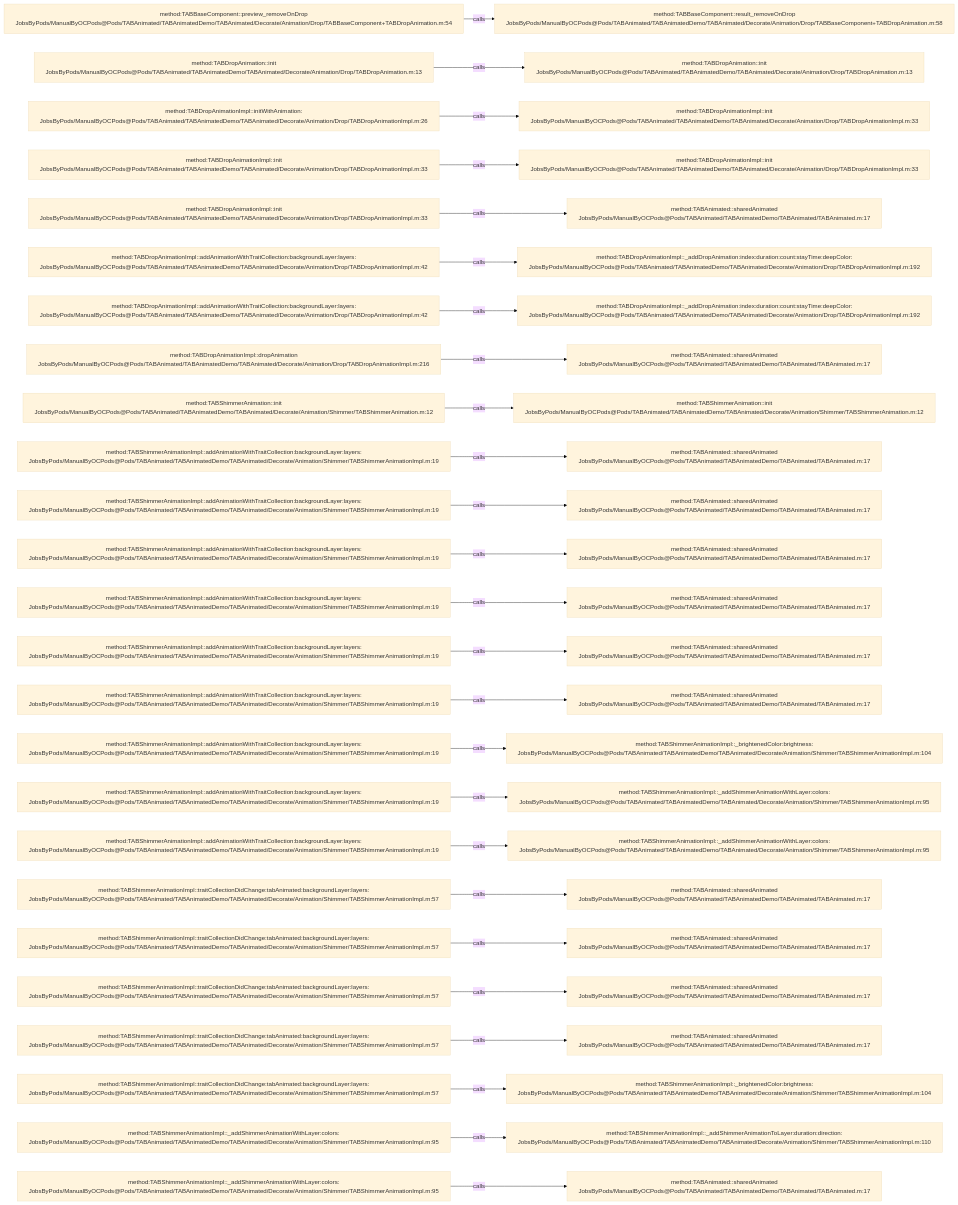
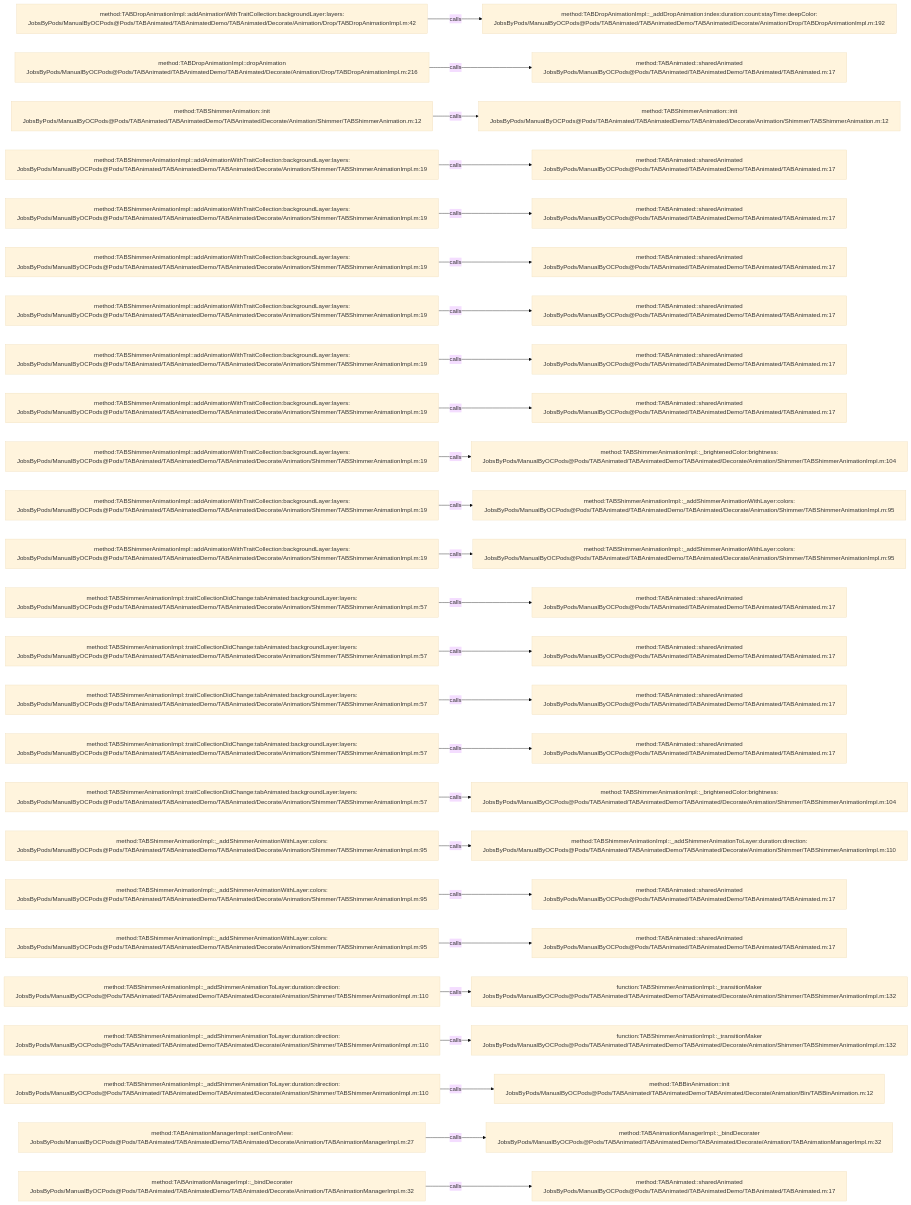
One commit to JobsKits/JobsOCBaseConfigDemo changed the diagram in .codegraph/codegraph.md/graphs/calls-021.md. Above: the diagram before and after it, drawn with Mermaid (base theme). The commit also changed 666 other files, not shown here.

````diff
--- a/.codegraph/codegraph.md/graphs/calls-021.md
+++ b/.codegraph/codegraph.md/graphs/calls-021.md
@@ -13,78 +13,78 @@
 ```mermaid
 flowchart LR
-  S1["method:TABBaseComponent::preview_removeOnDrop<br/>JobsByPods/ManualByOCPods@Pods/TABAnimated/TABAnimatedDemo/TABAnimated/Decorate/Animation/Drop/TABBaseComponent+TABDropAnimation.m:54"]
-  T1["method:TABBaseComponent::result_removeOnDrop<br/>JobsByPods/ManualByOCPods@Pods/TABAnimated/TABAnimatedDemo/TABAnimated/Decorate/Animation/Drop/TABBaseComponent+TABDropAnimation.m:58"]
+  S1["method:TABDropAnimationImpl::addAnimationWithTraitCollection:backgroundLayer:layers:<br/>JobsByPods/ManualByOCPods@Pods/TABAnimated/TABAnimatedDemo/TABAnimated/Decorate/Animation/Drop/TABDropAnimationImpl.m:42"]
+  T1["method:TABDropAnimationImpl::_addDropAnimation:index:duration:count:stayTime:deepColor:<br/>JobsByPods/ManualByOCPods@Pods/TABAnimated/TABAnimatedDemo/TABAnimated/Decorate/Animation/Drop/TABDropAnimationImpl.m:192"]
   S1 -->|calls| T1
-  S2["method:TABDropAnimation::init<br/>JobsByPods/ManualByOCPods@Pods/TABAnimated/TABAnimatedDemo/TABAnimated/Decorate/Animation/Drop/TABDropAnimation.m:13"]
-  T2["method:TABDropAnimation::init<br/>JobsByPods/ManualByOCPods@Pods/TABAnimated/TABAnimatedDemo/TABAnimated/Decorate/Animation/Drop/TABDropAnimation.m:13"]
+  S2["method:TABDropAnimationImpl::dropAnimation<br/>JobsByPods/ManualByOCPods@Pods/TABAnimated/TABAnimatedDemo/TABAnimated/Decorate/Animation/Drop/TABDropAnimationImpl.m:216"]
+  T2["method:TABAnimated::sharedAnimated<br/>JobsByPods/ManualByOCPods@Pods/TABAnimated/TABAnimatedDemo/TABAnimated/TABAnimated.m:17"]
   S2 -->|calls| T2
-  S3["method:TABDropAnimationImpl::initWithAnimation:<br/>JobsByPods/ManualByOCPods@Pods/TABAnimated/TABAnimatedDemo/TABAnimated/Decorate/Animation/Drop/TABDropAnimationImpl.m:26"]
-  T3["method:TABDropAnimationImpl::init<br/>JobsByPods/ManualByOCPods@Pods/TABAnimated/TABAnimatedDemo/TABAnimated/Decorate/Animation/Drop/TABDropAnimationImpl.m:33"]
+  S3["method:TABShimmerAnimation::init<br/>JobsByPods/ManualByOCPods@Pods/TABAnimated/TABAnimatedDemo/TABAnimated/Decorate/Animation/Shimmer/TABShimmerAnimation.m:12"]
+  T3["method:TABShimmerAnimation::init<br/>JobsByPods/ManualByOCPods@Pods/TABAnimated/TABAnimatedDemo/TABAnimated/Decorate/Animation/Shimmer/TABShimmerAnimation.m:12"]
   S3 -->|calls| T3
-  S4["method:TABDropAnimationImpl::init<br/>JobsByPods/ManualByOCPods@Pods/TABAnimated/TABAnimatedDemo/TABAnimated/Decorate/Animation/Drop/TABDropAnimationImpl.m:33"]
-  T4["method:TABDropAnimationImpl::init<br/>JobsByPods/ManualByOCPods@Pods/TABAnimated/TABAnimatedDemo/TABAnimated/Decorate/Animation/Drop/TABDropAnimationImpl.m:33"]
+  S4["method:TABShimmerAnimationImpl::addAnimationWithTraitCollection:backgroundLayer:layers:<br/>JobsByPods/ManualByOCPods@Pods/TABAnimated/TABAnimatedDemo/TABAnimated/Decorate/Animation/Shimmer/TABShimmerAnimationImpl.m:19"]
+  T4["method:TABAnimated::sharedAnimated<br/>JobsByPods/ManualByOCPods@Pods/TABAnimated/TABAnimatedDemo/TABAnimated/TABAnimated.m:17"]
   S4 -->|calls| T4
-  S5["method:TABDropAnimationImpl::init<br/>JobsByPods/ManualByOCPods@Pods/TABAnimated/TABAnimatedDemo/TABAnimated/Decorate/Animation/Drop/TABDropAnimationImpl.m:33"]
+  S5["method:TABShimmerAnimationImpl::addAnimationWithTraitCollection:backgroundLayer:layers:<br/>JobsByPods/ManualByOCPods@Pods/TABAnimated/TABAnimatedDemo/TABAnimated/Decorate/Animation/Shimmer/TABShimmerAnimationImpl.m:19"]
   T5["method:TABAnimated::sharedAnimated<br/>JobsByPods/ManualByOCPods@Pods/TABAnimated/TABAnimatedDemo/TABAnimated/TABAnimated.m:17"]
   S5 -->|calls| T5
-  S6["method:TABDropAnimationImpl::addAnimationWithTraitCollection:backgroundLayer:layers:<br/>JobsByPods/ManualByOCPods@Pods/TABAnimated/TABAnimatedDemo/TABAnimated/Decorate/Animation/Drop/TABDropAnimationImpl.m:42"]
-  T6["method:TABDropAnimationImpl::_addDropAnimation:index:duration:count:stayTime:deepColor:<br/>JobsByPods/ManualByOCPods@Pods/TABAnimated/TABAnimatedDemo/TABAnimated/Decorate/Animation/Drop/TABDropAnimationImpl.m:192"]
+  S6["method:TABShimmerAnimationImpl::addAnimationWithTraitCollection:backgroundLayer:layers:<br/>JobsByPods/ManualByOCPods@Pods/TABAnimated/TABAnimatedDemo/TABAnimated/Decorate/Animation/Shimmer/TABShimmerAnimationImpl.m:19"]
+  T6["method:TABAnimated::sharedAnimated<br/>JobsByPods/ManualByOCPods@Pods/TABAnimated/TABAnimatedDemo/TABAnimated/TABAnimated.m:17"]
   S6 -->|calls| T6
-  S7["method:TABDropAnimationImpl::addAnimationWithTraitCollection:backgroundLayer:layers:<br/>JobsByPods/ManualByOCPods@Pods/TABAnimated/TABAnimatedDemo/TABAnimated/Decorate/Animation/Drop/TABDropAnimationImpl.m:42"]
-  T7["method:TABDropAnimationImpl::_addDropAnimation:index:duration:count:stayTime:deepColor:<br/>JobsByPods/ManualByOCPods@Pods/TABAnimated/TABAnimatedDemo/TABAnimated/Decorate/Animation/Drop/TABDropAnimationImpl.m:192"]
+  S7["method:TABShimmerAnimationImpl::addAnimationWithTraitCollection:backgroundLayer:layers:<br/>JobsByPods/ManualByOCPods@Pods/TABAnimated/TABAnimatedDemo/TABAnimated/Decorate/Animation/Shimmer/TABShimmerAnimationImpl.m:19"]
+  T7["method:TABAnimated::sharedAnimated<br/>JobsByPods/ManualByOCPods@Pods/TABAnimated/TABAnimatedDemo/TABAnimated/TABAnimated.m:17"]
   S7 -->|calls| T7
-  S8["method:TABDropAnimationImpl::dropAnimation<br/>JobsByPods/ManualByOCPods@Pods/TABAnimated/TABAnimatedDemo/TABAnimated/Decorate/Animation/Drop/TABDropAnimationImpl.m:216"]
+  S8["method:TABShimmerAnimationImpl::addAnimationWithTraitCollection:backgroundLayer:layers:<br/>JobsByPods/ManualByOCPods@Pods/TABAnimated/TABAnimatedDemo/TABAnimated/Decorate/Animation/Shimmer/TABShimmerAnimationImpl.m:19"]
   T8["method:TABAnimated::sharedAnimated<br/>JobsByPods/ManualByOCPods@Pods/TABAnimated/TABAnimatedDemo/TABAnimated/TABAnimated.m:17"]
   S8 -->|calls| T8
-  S9["method:TABShimmerAnimation::init<br/>JobsByPods/ManualByOCPods@Pods/TABAnimated/TABAnimatedDemo/TABAnimated/Decorate/Animation/Shimmer/TABShimmerAnimation.m:12"]
-  T9["method:TABShimmerAnimation::init<br/>JobsByPods/ManualByOCPods@Pods/TABAnimated/TABAnimatedDemo/TABAnimated/Decorate/Animation/Shimmer/TABShimmerAnimation.m:12"]
+  S9["method:TABShimmerAnimationImpl::addAnimationWithTraitCollection:backgroundLayer:layers:<br/>JobsByPods/ManualByOCPods@Pods/TABAnimated/TABAnimatedDemo/TABAnimated/Decorate/Animation/Shimmer/TABShimmerAnimationImpl.m:19"]
+  T9["method:TABAnimated::sharedAnimated<br/>JobsByPods/ManualByOCPods@Pods/TABAnimated/TABAnimatedDemo/TABAnimated/TABAnimated.m:17"]
   S9 -->|calls| T9
   S10["method:TABShimmerAnimationImpl::addAnimationWithTraitCollection:backgroundLayer:layers:<br/>JobsByPods/ManualByOCPods@Pods/TABAnimated/TABAnimatedDemo/TABAnimated/Decorate/Animation/Shimmer/TABShimmerAnimationImpl.m:19"]
-  T10["method:TABAnimated::sharedAnimated<br/>JobsByPods/ManualByOCPods@Pods/TABAnimated/TABAnimatedDemo/TABAnimated/TABAnimated.m:17"]
+  T10["method:TABShimmerAnimationImpl::_brightenedColor:brightness:<br/>JobsByPods/ManualByOCPods@Pods/TABAnimated/TABAnimatedDemo/TABAnimated/Decorate/Animation/Shimmer/TABShimmerAnimationImpl.m:104"]
   S10 -->|calls| T10
   S11["method:TABShimmerAnimationImpl::addAnimationWithTraitCollection:backgroundLayer:layers:<br/>JobsByPods/ManualByOCPods@Pods/TABAnimated/TABAnimatedDemo/TABAnimated/Decorate/Animation/Shimmer/TABShimmerAnimationImpl.m:19"]
-  T11["method:TABAnimated::sharedAnimated<br/>JobsByPods/ManualByOCPods@Pods/TABAnimated/TABAnimatedDemo/TABAnimated/TABAnimated.m:17"]
+  T11["method:TABShimmerAnimationImpl::_addShimmerAnimationWithLayer:colors:<br/>JobsByPods/ManualByOCPods@Pods/TABAnimated/TABAnimatedDemo/TABAnimated/Decorate/Animation/Shimmer/TABShimmerAnimationImpl.m:95"]
   S11 -->|calls| T11
   S12["method:TABShimmerAnimationImpl::addAnimationWithTraitCollection:backgroundLayer:layers:<br/>JobsByPods/ManualByOCPods@Pods/TABAnimated/TABAnimatedDemo/TABAnimated/Decorate/Animation/Shimmer/TABShimmerAnimationImpl.m:19"]
-  T12["method:TABAnimated::sharedAnimated<br/>JobsByPods/ManualByOCPods@Pods/TABAnimated/TABAnimatedDemo/TABAnimated/TABAnimated.m:17"]
+  T12["method:TABShimmerAnimationImpl::_addShimmerAnimationWithLayer:colors:<br/>JobsByPods/ManualByOCPods@Pods/TABAnimated/TABAnimatedDemo/TABAnimated/Decorate/Animation/Shimmer/TABShimmerAnimationImpl.m:95"]
   S12 -->|calls| T12
-  S13["method:TABShimmerAnimationImpl::addAnimationWithTraitCollection:backgroundLayer:layers:<br/>JobsByPods/ManualByOCPods@Pods/TABAnimated/TABAnimatedDemo/TABAnimated/Decorate/Animation/Shimmer/TABShimmerAnimationImpl.m:19"]
+  S13["method:TABShimmerAnimationImpl::traitCollectionDidChange:tabAnimated:backgroundLayer:layers:<br/>JobsByPods/ManualByOCPods@Pods/TABAnimated/TABAnimatedDemo/TABAnimated/Decorate/Animation/Shimmer/TABShimmerAnimationImpl.m:57"]
   T13["method:TABAnimated::sharedAnimated<br/>JobsByPods/ManualByOCPods@Pods/TABAnimated/TABAnimatedDemo/TABAnimated/TABAnimated.m:17"]
   S13 -->|calls| T13
-  S14["method:TABShimmerAnimationImpl::addAnimationWithTraitCollection:backgroundLayer:layers:<br/>JobsByPods/ManualByOCPods@Pods/TABAnimated/TABAnimatedDemo/TABAnimated/Decorate/Animation/Shimmer/TABShimmerAnimationImpl.m:19"]
+  S14["method:TABShimmerAnimationImpl::traitCollectionDidChange:tabAnimated:backgroundLayer:layers:<br/>JobsByPods/ManualByOCPods@Pods/TABAnimated/TABAnimatedDemo/TABAnimated/Decorate/Animation/Shimmer/TABShimmerAnimationImpl.m:57"]
   T14["method:TABAnimated::sharedAnimated<br/>JobsByPods/ManualByOCPods@Pods/TABAnimated/TABAnimatedDemo/TABAnimated/TABAnimated.m:17"]
   S14 -->|calls| T14
-  S15["method:TABShimmerAnimationImpl::addAnimationWithTraitCollection:backgroundLayer:layers:<br/>JobsByPods/ManualByOCPods@Pods/TABAnimated/TABAnimatedDemo/TABAnimated/Decorate/Animation/Shimmer/TABShimmerAnimationImpl.m:19"]
+  S15["method:TABShimmerAnimationImpl::traitCollectionDidChange:tabAnimated:backgroundLayer:layers:<br/>JobsByPods/ManualByOCPods@Pods/TABAnimated/TABAnimatedDemo/TABAnimated/Decorate/Animation/Shimmer/TABShimmerAnimationImpl.m:57"]
   T15["method:TABAnimated::sharedAnimated<br/>JobsByPods/ManualByOCPods@Pods/TABAnimated/TABAnimatedDemo/TABAnimated/TABAnimated.m:17"]
   S15 -->|calls| T15
-  S16["method:TABShimmerAnimationImpl::addAnimationWithTraitCollection:backgroundLayer:layers:<br/>JobsByPods/ManualByOCPods@Pods/TABAnimated/TABAnimatedDemo/TABAnimated/Decorate/Animation/Shimmer/TABShimmerAnimationImpl.m:19"]
-  T16["method:TABShimmerAnimationImpl::_brightenedColor:brightness:<br/>JobsByPods/ManualByOCPods@Pods/TABAnimated/TABAnimatedDemo/TABAnimated/Decorate/Animation/Shimmer/TABShimmerAnimationImpl.m:104"]
+  S16["method:TABShimmerAnimationImpl::traitCollectionDidChange:tabAnimated:backgroundLayer:layers:<br/>JobsByPods/ManualByOCPods@Pods/TABAnimated/TABAnimatedDemo/TABAnimated/Decorate/Animation/Shimmer/TABShimmerAnimationImpl.m:57"]
+  T16["method:TABAnimated::sharedAnimated<br/>JobsByPods/ManualByOCPods@Pods/TABAnimated/TABAnimatedDemo/TABAnimated/TABAnimated.m:17"]
   S16 -->|calls| T16
-  S17["method:TABShimmerAnimationImpl::addAnimationWithTraitCollection:backgroundLayer:layers:<br/>JobsByPods/ManualByOCPods@Pods/TABAnimated/TABAnimatedDemo/TABAnimated/Decorate/Animation/Shimmer/TABShimmerAnimationImpl.m:19"]
-  T17["method:TABShimmerAnimationImpl::_addShimmerAnimationWithLayer:colors:<br/>JobsByPods/ManualByOCPods@Pods/TABAnimated/TABAnimatedDemo/TABAnimated/Decorate/Animation/Shimmer/TABShimmerAnimationImpl.m:95"]
+  S17["method:TABShimmerAnimationImpl::traitCollectionDidChange:tabAnimated:backgroundLayer:layers:<br/>JobsByPods/ManualByOCPods@Pods/TABAnimated/TABAnimatedDemo/TABAnimated/Decorate/Animation/Shimmer/TABShimmerAnimationImpl.m:57"]
+  T17["method:TABShimmerAnimationImpl::_brightenedColor:brightness:<br/>JobsByPods/ManualByOCPods@Pods/TABAnimated/TABAnimatedDemo/TABAnimated/Decorate/Animation/Shimmer/TABShimmerAnimationImpl.m:104"]
   S17 -->|calls| T17
-  S18["method:TABShimmerAnimationImpl::addAnimationWithTraitCollection:backgroundLayer:layers:<br/>JobsByPods/ManualByOCPods@Pods/TABAnimated/TABAnimatedDemo/TABAnimated/Decorate/Animation/Shimmer/TABShimmerAnimationImpl.m:19"]
-  T18["method:TABShimmerAnimationImpl::_addShimmerAnimationWithLayer:colors:<br/>JobsByPods/ManualByOCPods@Pods/TABAnimated/TABAnimatedDemo/TABAnimated/Decorate/Animation/Shimmer/TABShimmerAnimationImpl.m:95"]
+  S18["method:TABShimmerAnimationImpl::_addShimmerAnimationWithLayer:colors:<br/>JobsByPods/ManualByOCPods@Pods/TABAnimated/TABAnimatedDemo/TABAnimated/Decorate/Animation/Shimmer/TABShimmerAnimationImpl.m:95"]
+  T18["method:TABShimmerAnimationImpl::_addShimmerAnimationToLayer:duration:direction:<br/>JobsByPods/ManualByOCPods@Pods/TABAnimated/TABAnimatedDemo/TABAnimated/Decorate/Animation/Shimmer/TABShimmerAnimationImpl.m:110"]
   S18 -->|calls| T18
-  S19["method:TABShimmerAnimationImpl::traitCollectionDidChange:tabAnimated:backgroundLayer:layers:<br/>JobsByPods/ManualByOCPods@Pods/TABAnimated/TABAnimatedDemo/TABAnimated/Decorate/Animation/Shimmer/TABShimmerAnimationImpl.m:57"]
+  S19["method:TABShimmerAnimationImpl::_addShimmerAnimationWithLayer:colors:<br/>JobsByPods/ManualByOCPods@Pods/TABAnimated/TABAnimatedDemo/TABAnimated/Decorate/Animation/Shimmer/TABShimmerAnimationImpl.m:95"]
   T19["method:TABAnimated::sharedAnimated<br/>JobsByPods/ManualByOCPods@Pods/TABAnimated/TABAnimatedDemo/TABAnimated/TABAnimated.m:17"]
   S19 -->|calls| T19
-  S20["method:TABShimmerAnimationImpl::traitCollectionDidChange:tabAnimated:backgroundLayer:layers:<br/>JobsByPods/ManualByOCPods@Pods/TABAnimated/TABAnimatedDemo/TABAnimated/Decorate/Animation/Shimmer/TABShimmerAnimationImpl.m:57"]
+  S20["method:TABShimmerAnimationImpl::_addShimmerAnimationWithLayer:colors:<br/>JobsByPods/ManualByOCPods@Pods/TABAnimated/TABAnimatedDemo/TABAnimated/Decorate/Animation/Shimmer/TABShimmerAnimationImpl.m:95"]
   T20["method:TABAnimated::sharedAnimated<br/>JobsByPods/ManualByOCPods@Pods/TABAnimated/TABAnimatedDemo/TABAnimated/TABAnimated.m:17"]
   S20 -->|calls| T20
-  S21["method:TABShimmerAnimationImpl::traitCollectionDidChange:tabAnimated:backgroundLayer:layers:<br/>JobsByPods/ManualByOCPods@Pods/TABAnimated/TABAnimatedDemo/TABAnimated/Decorate/Animation/Shimmer/TABShimmerAnimationImpl.m:57"]
-  T21["method:TABAnimated::sharedAnimated<br/>JobsByPods/ManualByOCPods@Pods/TABAnimated/TABAnimatedDemo/TABAnimated/TABAnimated.m:17"]
+  S21["method:TABShimmerAnimationImpl::_addShimmerAnimationToLayer:duration:direction:<br/>JobsByPods/ManualByOCPods@Pods/TABAnimated/TABAnimatedDemo/TABAnimated/Decorate/Animation/Shimmer/TABShimmerAnimationImpl.m:110"]
+  T21["function:TABShimmerAnimationImpl::_transitionMaker<br/>JobsByPods/ManualByOCPods@Pods/TABAnimated/TABAnimatedDemo/TABAnimated/Decorate/Animation/Shimmer/TABShimmerAnimationImpl.m:132"]
   S21 -->|calls| T21
-  S22["method:TABShimmerAnimationImpl::traitCollectionDidChange:tabAnimated:backgroundLayer:layers:<br/>JobsByPods/ManualByOCPods@Pods/TABAnimated/TABAnimatedDemo/TABAnimated/Decorate/Animation/Shimmer/TABShimmerAnimationImpl.m:57"]
-  T22["method:TABAnimated::sharedAnimated<br/>JobsByPods/ManualByOCPods@Pods/TABAnimated/TABAnimatedDemo/TABAnimated/TABAnimated.m:17"]
+  S22["method:TABShimmerAnimationImpl::_addShimmerAnimationToLayer:duration:direction:<br/>JobsByPods/ManualByOCPods@Pods/TABAnimated/TABAnimatedDemo/TABAnimated/Decorate/Animation/Shimmer/TABShimmerAnimationImpl.m:110"]
+  T22["function:TABShimmerAnimationImpl::_transitionMaker<br/>JobsByPods/ManualByOCPods@Pods/TABAnimated/TABAnimatedDemo/TABAnimated/Decorate/Animation/Shimmer/TABShimmerAnimationImpl.m:132"]
   S22 -->|calls| T22
-  S23["method:TABShimmerAnimationImpl::traitCollectionDidChange:tabAnimated:backgroundLayer:layers:<br/>JobsByPods/ManualByOCPods@Pods/TABAnimated/TABAnimatedDemo/TABAnimated/Decorate/Animation/Shimmer/TABShimmerAnimationImpl.m:57"]
-  T23["method:TABShimmerAnimationImpl::_brightenedColor:brightness:<br/>JobsByPods/ManualByOCPods@Pods/TABAnimated/TABAnimatedDemo/TABAnimated/Decorate/Animation/Shimmer/TABShimmerAnimationImpl.m:104"]
+  S23["method:TABShimmerAnimationImpl::_addShimmerAnimationToLayer:duration:direction:<br/>JobsByPods/ManualByOCPods@Pods/TABAnimated/TABAnimatedDemo/TABAnimated/Decorate/Animation/Shimmer/TABShimmerAnimationImpl.m:110"]
+  T23["method:TABBinAnimation::init<br/>JobsByPods/ManualByOCPods@Pods/TABAnimated/TABAnimatedDemo/TABAnimated/Decorate/Animation/Bin/TABBinAnimation.m:12"]
   S23 -->|calls| T23
-  S24["method:TABShimmerAnimationImpl::_addShimmerAnimationWithLayer:colors:<br/>JobsByPods/ManualByOCPods@Pods/TABAnimated/TABAnimatedDemo/TABAnimated/Decorate/Animation/Shimmer/TABShimmerAnimationImpl.m:95"]
-  T24["method:TABShimmerAnimationImpl::_addShimmerAnimationToLayer:duration:direction:<br/>JobsByPods/ManualByOCPods@Pods/TABAnimated/TABAnimatedDemo/TABAnimated/Decorate/Animation/Shimmer/TABShimmerAnimationImpl.m:110"]
+  S24["method:TABAnimationManagerImpl::setControlView:<br/>JobsByPods/ManualByOCPods@Pods/TABAnimated/TABAnimatedDemo/TABAnimated/Decorate/Animation/TABAnimationManagerImpl.m:27"]
+  T24["method:TABAnimationManagerImpl::_bindDecorater<br/>JobsByPods/ManualByOCPods@Pods/TABAnimated/TABAnimatedDemo/TABAnimated/Decorate/Animation/TABAnimationManagerImpl.m:32"]
   S24 -->|calls| T24
-  S25["method:TABShimmerAnimationImpl::_addShimmerAnimationWithLayer:colors:<br/>JobsByPods/ManualByOCPods@Pods/TABAnimated/TABAnimatedDemo/TABAnimated/Decorate/Animation/Shimmer/TABShimmerAnimationImpl.m:95"]
+  S25["method:TABAnimationManagerImpl::_bindDecorater<br/>JobsByPods/ManualByOCPods@Pods/TABAnimated/TABAnimatedDemo/TABAnimated/Decorate/Animation/TABAnimationManagerImpl.m:32"]
   T25["method:TABAnimated::sharedAnimated<br/>JobsByPods/ManualByOCPods@Pods/TABAnimated/TABAnimatedDemo/TABAnimated/TABAnimated.m:17"]
   S25 -->|calls| T25
 ```
````
